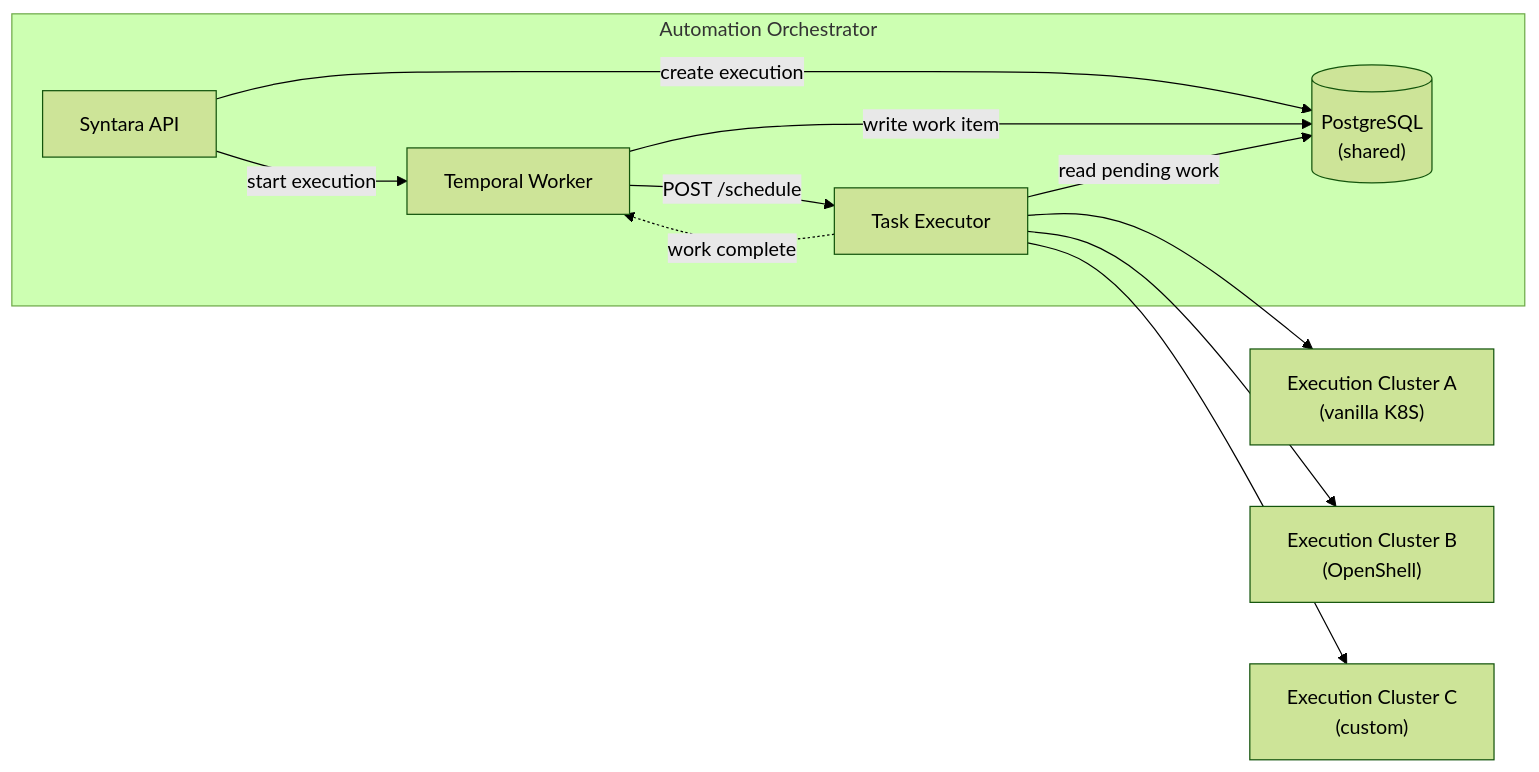
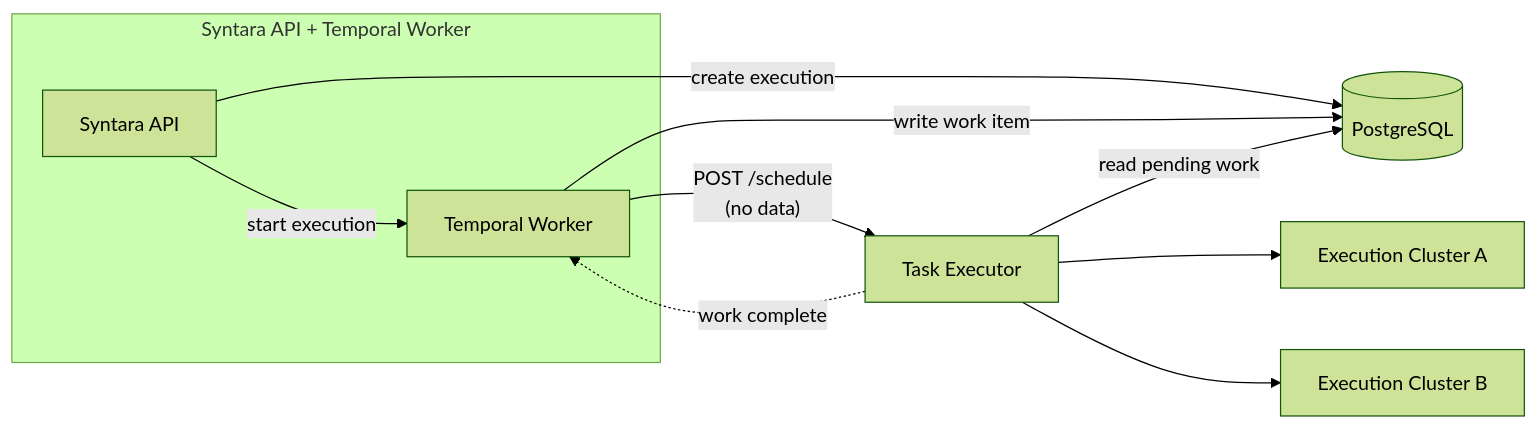
One commit to AlanCoding/syntara changed the first of 5 diagrams in backend/docs/execution-plane-decisions.md. Above: the diagram before and after it, drawn with Mermaid (forest theme). The commit also changed other lines of this file, not shown here.

First line of the commit message:
docs(execution-plane): split D1 Centralized Scheduler into shared/split PG sub-diagrams

````diff
--- a/backend/docs/execution-plane-decisions.md
+++ b/backend/docs/execution-plane-decisions.md
@@ -21,22 +25,20 @@
 ```mermaid
 graph LR
-    subgraph AO["Automation Orchestrator"]
+    subgraph AO["Syntara API + Temporal Worker"]
         API["Syntara API"]
         TW["Temporal Worker"]
-        TE["Task Executor"]
-        PG[("PostgreSQL<br/>(shared)")]
     end
-    EC1["Execution Cluster A<br/>(vanilla K8S)"]
-    EC2["Execution Cluster B<br/>(OpenShell)"]
-    EC3["Execution Cluster C<br/>(custom)"]
+    TE["Task Executor"]
+    PG[("PostgreSQL")]
+    EC1["Execution Cluster A"]
+    EC2["Execution Cluster B"]
 
     API -->|"create execution"| PG
     API -->|"start execution"| TW
     TW -->|"write work item"| PG
-    TW -->|"POST /schedule"| TE
+    TW -->|"POST /schedule<br/>(no data)"| TE
     TE -->|"read pending work"| PG
     TE -.->|"work complete"| TW
     TE --> EC1
     TE --> EC2
-    TE --> EC3
 ```
````
